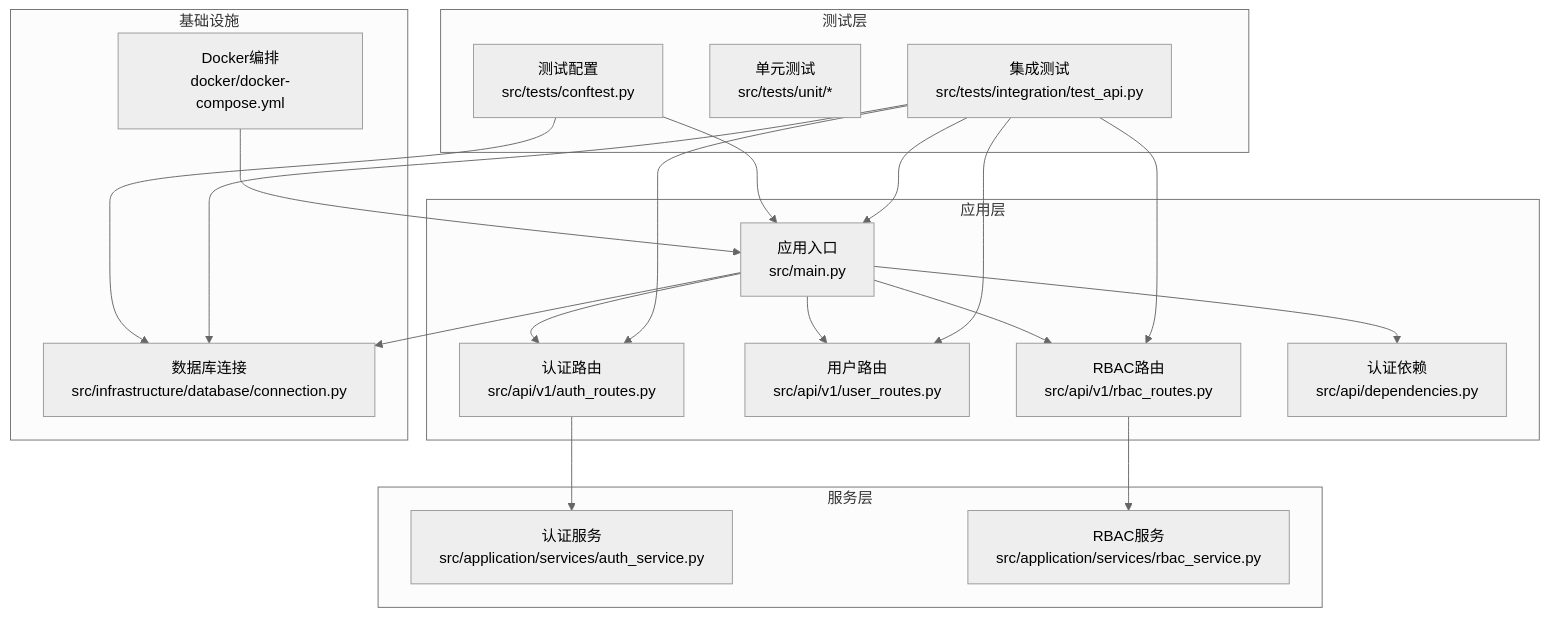
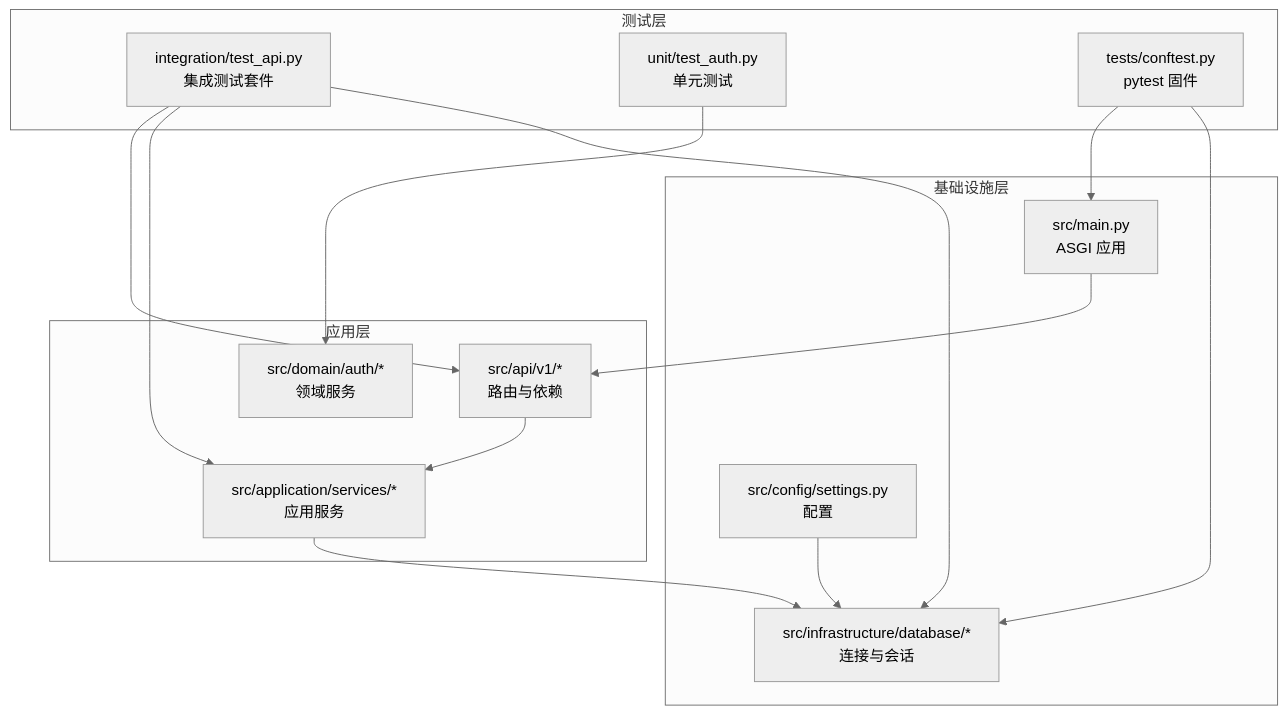
Before and after one commit to taoweidong/Hello-FastApi: the first of 7 diagrams in .qoder/repowiki/zh/content/测试策略/集成测试.md, drawn with Mermaid (neutral theme). The commit also changed other lines of this file and 119 other files, not shown here.

````diff
--- a/.qoder/repowiki/zh/content/测试策略/集成测试.md
+++ b/.qoder/repowiki/zh/content/测试策略/集成测试.md
@@ -45,38 +49,28 @@
 ```mermaid
 graph TB
 subgraph "测试层"
-IT["集成测试<br/>src/tests/integration/test_api.py"]
-UC["单元测试<br/>src/tests/unit/*"]
-CF["测试配置<br/>src/tests/conftest.py"]
+IT["integration/test_api.py<br/>集成测试套件"]
+UT["unit/test_auth.py<br/>单元测试"]
+CF["tests/conftest.py<br/>pytest 固件"]
 end
 subgraph "应用层"
-APP["应用入口<br/>src/main.py"]
-AUTH["认证路由<br/>src/api/v1/auth_routes.py"]
-USER["用户路由<br/>src/api/v1/user_routes.py"]
-RBAC["RBAC路由<br/>src/api/v1/rbac_routes.py"]
-DEPS["认证依赖<br/>src/api/dependencies.py"]
+API["src/api/v1/*<br/>路由与依赖"]
+SVC["src/application/services/*<br/>应用服务"]
+DOM["src/domain/auth/*<br/>领域服务"]
 end
-subgraph "服务层"
-AS["认证服务<br/>src/application/services/auth_service.py"]
-RS["RBAC服务<br/>src/application/services/rbac_service.py"]
+subgraph "基础设施层"
+CFG["src/config/settings.py<br/>配置"]
+DB["src/infrastructure/database/*<br/>连接与会话"]
+MAIN["src/main.py<br/>ASGI 应用"]
 end
-subgraph "基础设施"
-DB["数据库连接<br/>src/infrastructure/database/connection.py"]
-DOCKER["Docker编排<br/>docker/docker-compose.yml"]
-end
-IT --> APP
-IT --> AUTH
-IT --> USER
-IT --> RBAC
+IT --> API
+IT --> SVC
 IT --> DB
-CF --> APP
+UT --> DOM
+CF --> MAIN
 CF --> DB
-AUTH --> AS
-RBAC --> RS
-APP --> AUTH
-APP --> USER
-APP --> RBAC
-APP --> DEPS
-APP --> DB
-DOCKER --> APP
+API --> SVC
+SVC --> DB
+MAIN --> API
+CFG --> DB
 ```
````
